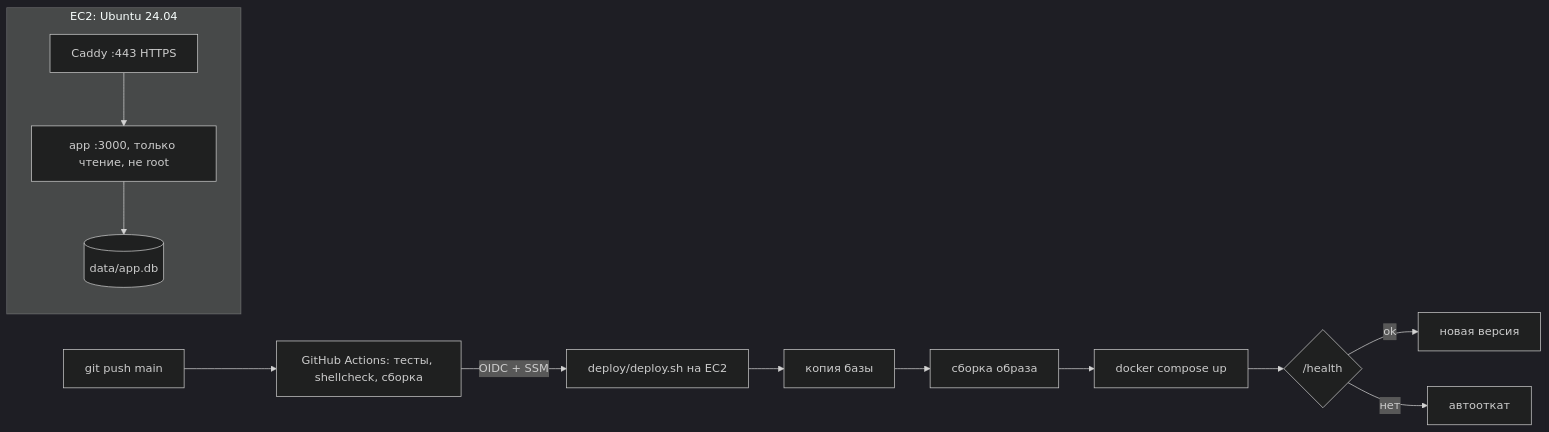
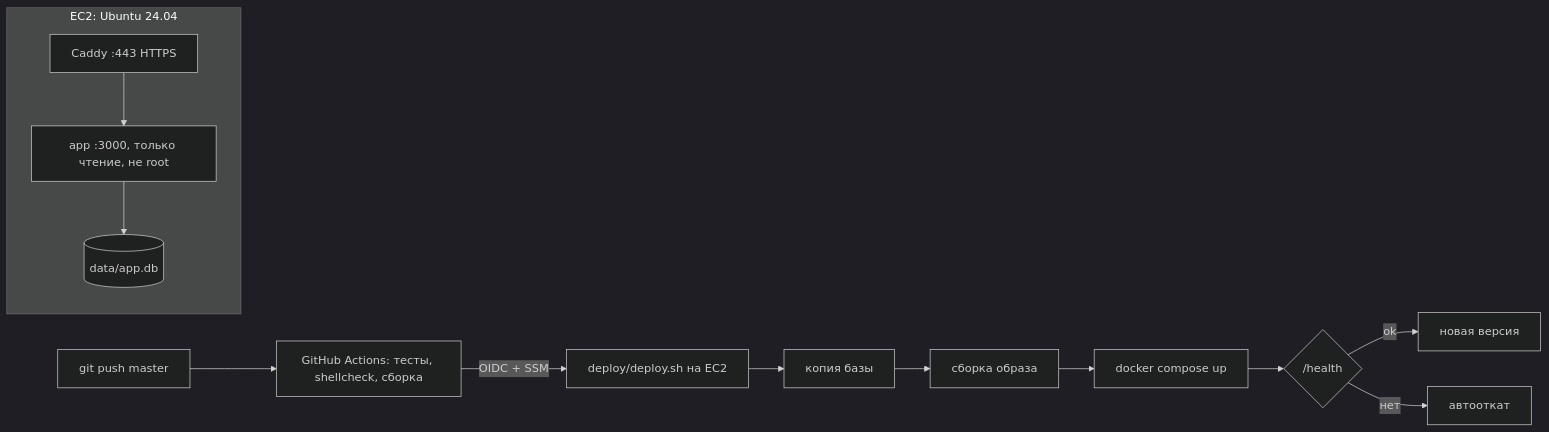
The third of 3 diagrams in README.md (RahimovShaxriyor/gh-tg-poster), drawn with Mermaid (dark theme) before and after one commit. The commit also changed other lines of this file and 6 other files, not shown here.

````diff
--- a/README.md
+++ b/README.md
@@ -159,12 +159,12 @@
 ```mermaid
 flowchart LR
-  push[git push main] --> ci[GitHub Actions: тесты, shellcheck, сборка]
+  push[git push master] --> ci[GitHub Actions: тесты, shellcheck, сборка]
   ci -->|OIDC + SSM| deploy[deploy/deploy.sh на EC2]
   deploy --> backup[копия базы] --> build[сборка образа] --> up[docker compose up] --> health{/health}
   health -->|ok| done[новая версия]
   health -->|нет| rollback[автооткат]
   subgraph EC2[EC2: Ubuntu 24.04]
     caddy[Caddy :443 HTTPS] --> app[app :3000, только чтение, не root]
     app --> data[(data/app.db)]
   end
 ```
````
